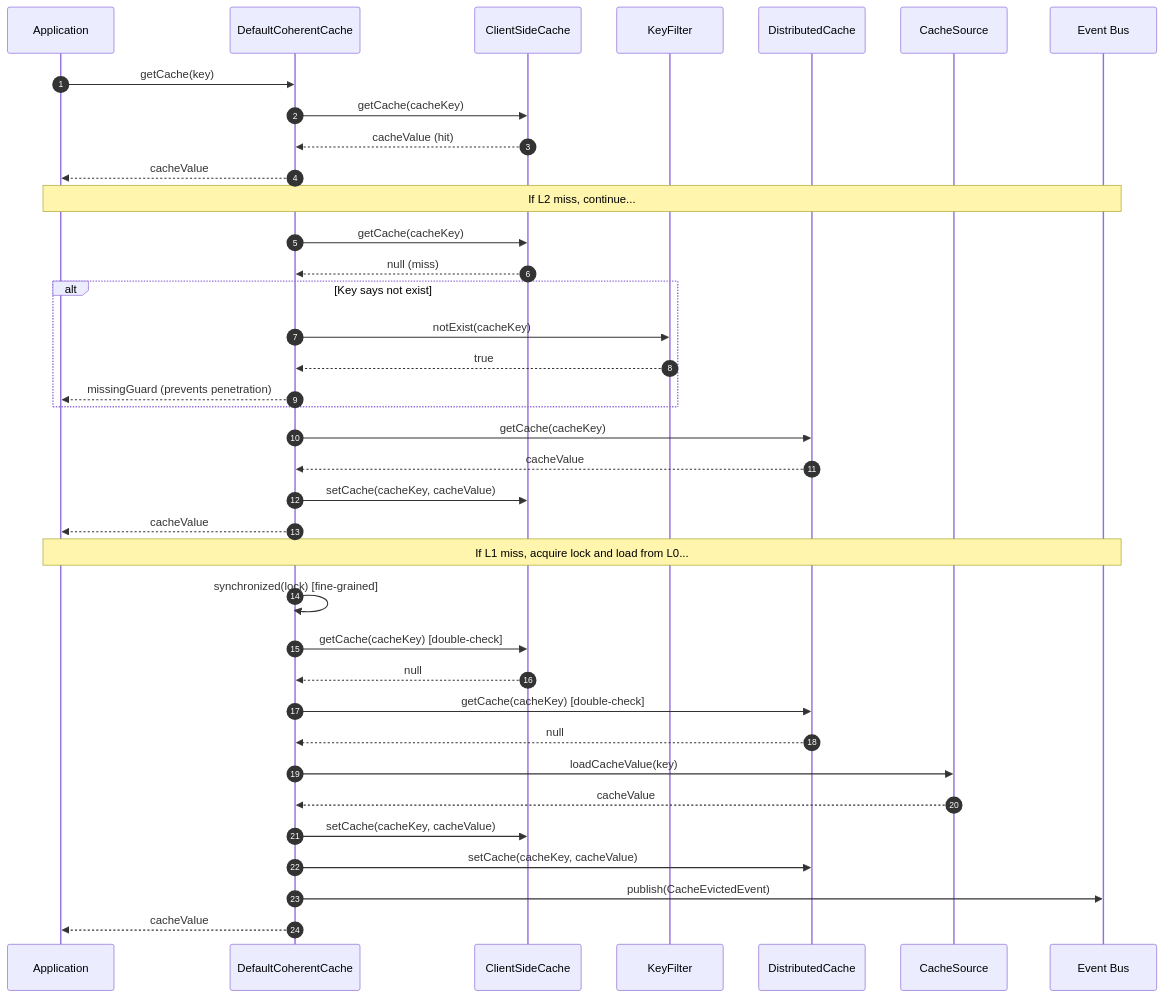
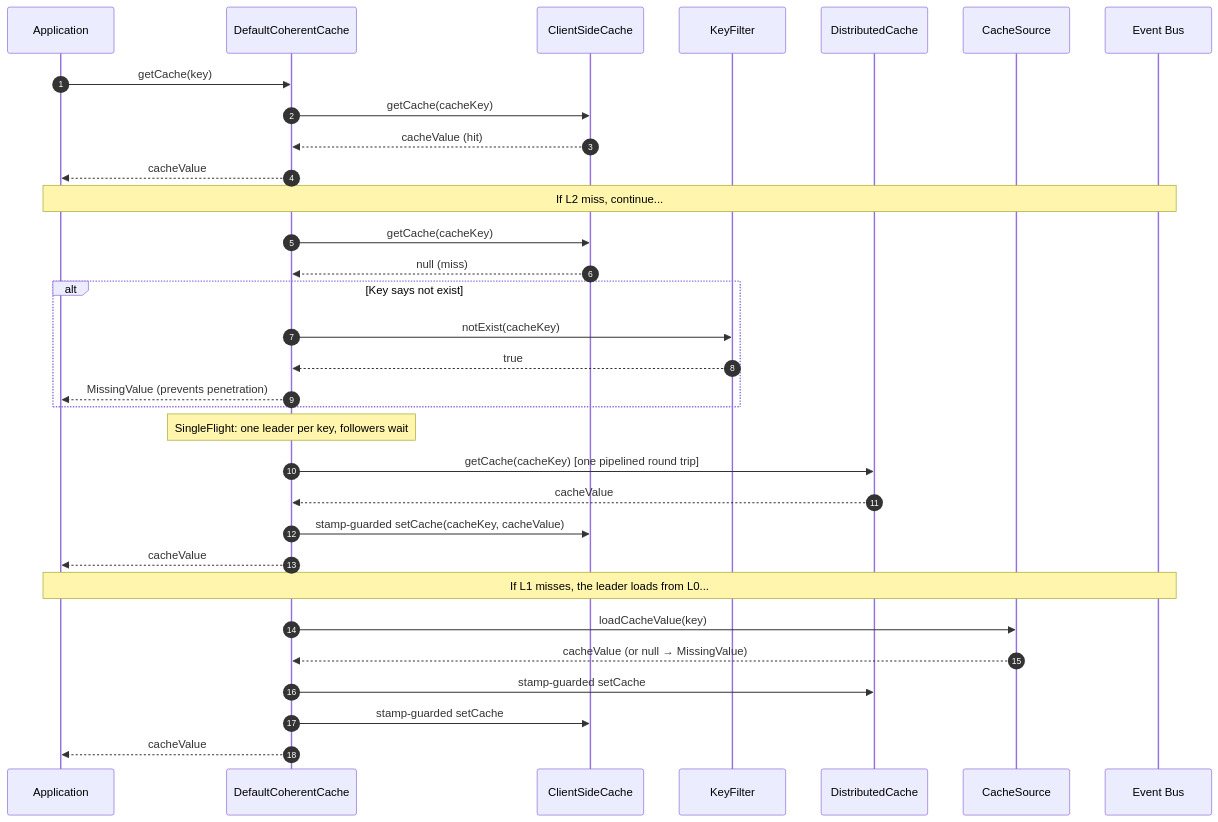
Before and after one commit to Ahoo-Wang/CoCache: the third of 3 diagrams in wiki/architecture/index.md, drawn with Mermaid. The commit also changed other lines of this file and 74 other files, not shown here.

First line of the commit message:
docs: align docs, wiki and skills with the 5.0 architecture

````diff
--- a/wiki/architecture/index.md
+++ b/wiki/architecture/index.md
@@ -118,44 +118,39 @@
 ```mermaid
 sequenceDiagram
 autonumber
     participant App as Application
     participant CC as DefaultCoherentCache
     participant L2 as ClientSideCache
     participant KF as KeyFilter
     participant L1 as DistributedCache
     participant L0 as CacheSource
     participant EB as Event Bus
 
     App->>CC: getCache(key)
     CC->>L2: getCache(cacheKey)
     L2-->>CC: cacheValue (hit)
     CC-->>App: cacheValue
 
     Note over App,EB: If L2 miss, continue...
     CC->>L2: getCache(cacheKey)
     L2-->>CC: null (miss)
 
     alt Key says not exist
         CC->>KF: notExist(cacheKey)
         KF-->>CC: true
-        CC-->>App: missingGuard (prevents penetration)
+        CC-->>App: MissingValue (prevents penetration)
     end
 
-    CC->>L1: getCache(cacheKey)
+    Note over CC: SingleFlight: one leader per key, followers wait
+    CC->>L1: getCache(cacheKey) [one pipelined round trip]
     L1-->>CC: cacheValue
-    CC->>L2: setCache(cacheKey, cacheValue)
+    CC->>L2: stamp-guarded setCache(cacheKey, cacheValue)
     CC-->>App: cacheValue
 
-    Note over App,EB: If L1 miss, acquire lock and load from L0...
-    CC->>CC: synchronized(lock) [fine-grained]
-    CC->>L2: getCache(cacheKey) [double-check]
-    L2-->>CC: null
-    CC->>L1: getCache(cacheKey) [double-check]
-    L1-->>CC: null
+    Note over App,EB: If L1 misses, the leader loads from L0...
     CC->>L0: loadCacheValue(key)
-    L0-->>CC: cacheValue
-    CC->>L2: setCache(cacheKey, cacheValue)
-    CC->>L1: setCache(cacheKey, cacheValue)
-    CC->>EB: publish(CacheEvictedEvent)
+    L0-->>CC: cacheValue (or null → MissingValue)
+    CC->>L1: stamp-guarded setCache
+    CC->>L2: stamp-guarded setCache
     CC-->>App: cacheValue
 ```
````
